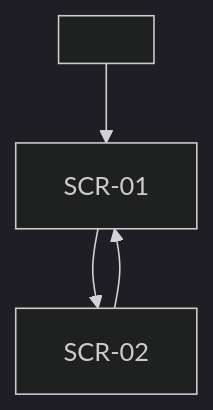
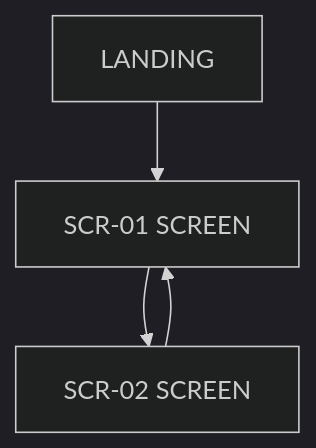
Before and after one commit to nguyenhx2/agent-harness-bootstrap: the diagram in spec-builder/assets/specs/10-ui-ux-wireframes.md, drawn with Mermaid (dark theme). The commit also changed 12 other files, not shown here.

````diff
--- a/spec-builder/assets/specs/10-ui-ux-wireframes.md
+++ b/spec-builder/assets/specs/10-ui-ux-wireframes.md
@@ -37,6 +37,6 @@
 ```mermaid
 flowchart TD
-  L["<landing>"] --> A["SCR-01 <screen>"]
-  A --> B["SCR-02 <screen>"]
+  L["LANDING"] --> A["SCR-01 SCREEN"]
+  A --> B["SCR-02 SCREEN"]
   B --> A
 ```
````
